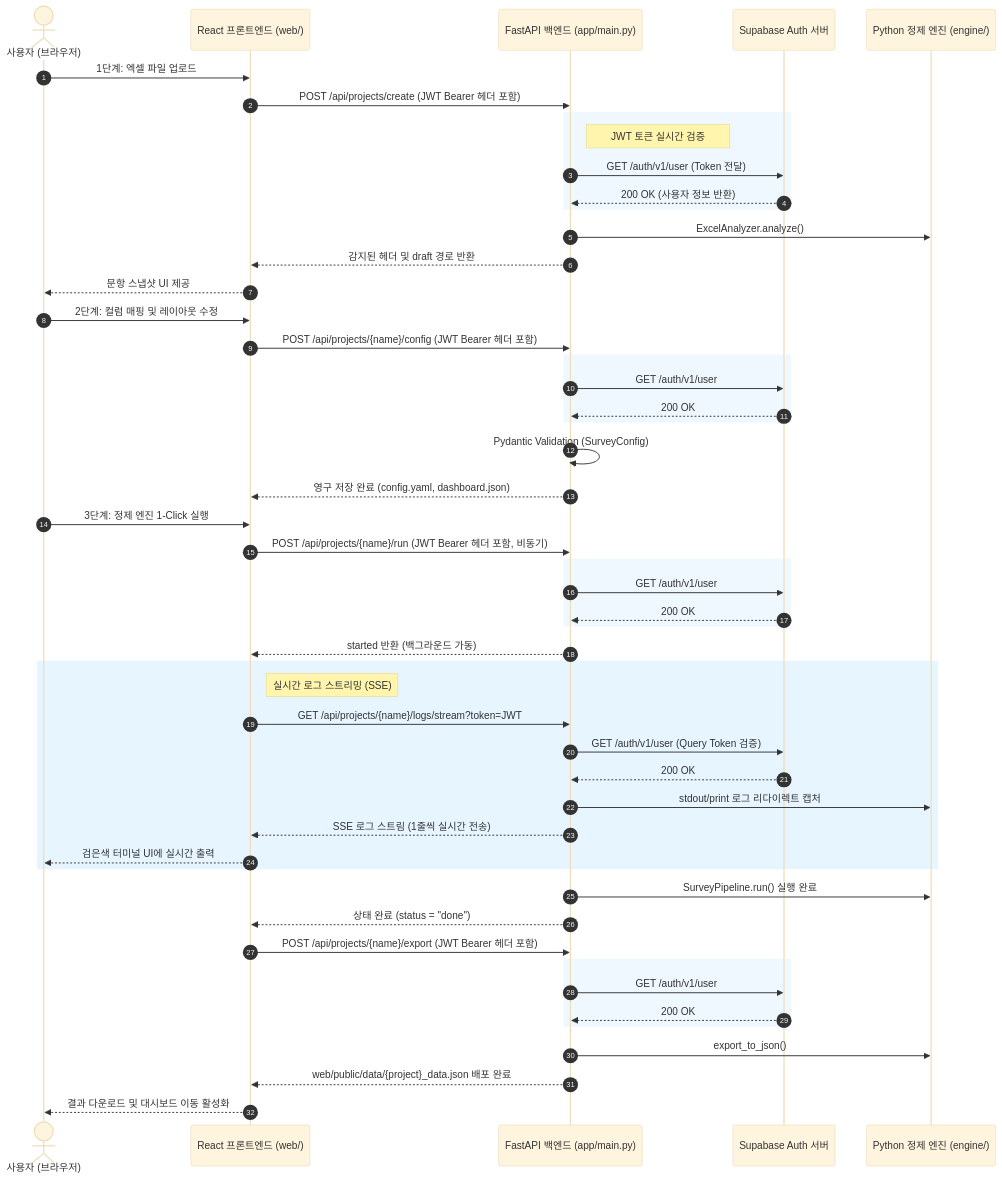
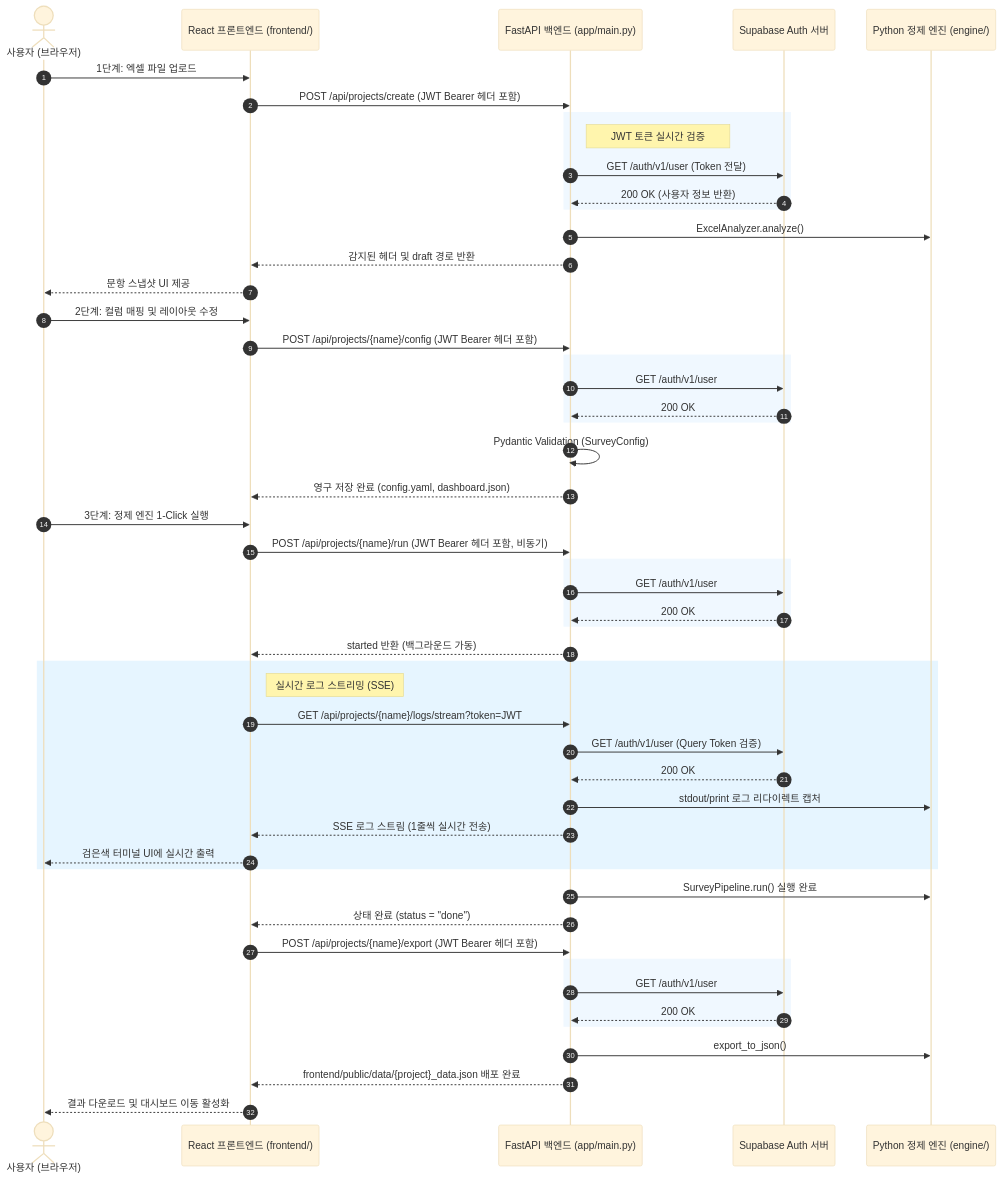
One commit to chamgil71/clearsurvey changed the second of 2 diagrams in GUIDE.md. Above: the diagram before and after it, drawn with Mermaid (base theme). The commit also changed other lines of this file and 49 other files, not shown here.

````diff
--- a/GUIDE.md
+++ b/GUIDE.md
@@ -72,58 +72,58 @@
 ```mermaid
 sequenceDiagram
     autonumber
     actor User as 사용자 (브라우저)
-    participant Client as React 프론트엔드 (web/)
+    participant Client as React 프론트엔드 (frontend/)
     participant API as FastAPI 백엔드 (app/main.py)
     participant Auth as Supabase Auth 서버
     participant Engine as Python 정제 엔진 (engine/)
 
     User->>Client: 1단계: 엑셀 파일 업로드
     Client->>API: POST /api/projects/create (JWT Bearer 헤더 포함)
     rect rgb(240, 248, 255)
         note right of API: JWT 토큰 실시간 검증
         API->>Auth: GET /auth/v1/user (Token 전달)
         Auth-->>API: 200 OK (사용자 정보 반환)
     end
     API->>Engine: ExcelAnalyzer.analyze()
     API-->>Client: 감지된 헤더 및 draft 경로 반환
     Client-->>User: 문항 스냅샷 UI 제공
 
     User->>Client: 2단계: 컬럼 매핑 및 레이아웃 수정
     Client->>API: POST /api/projects/{name}/config (JWT Bearer 헤더 포함)
     rect rgb(240, 248, 255)
         API->>Auth: GET /auth/v1/user
         Auth-->>API: 200 OK
     end
     API->>API: Pydantic Validation (SurveyConfig)
     API-->>Client: 영구 저장 완료 (config.yaml, dashboard.json)
 
     User->>Client: 3단계: 정제 엔진 1-Click 실행
     Client->>API: POST /api/projects/{name}/run (JWT Bearer 헤더 포함, 비동기)
     rect rgb(240, 248, 255)
         API->>Auth: GET /auth/v1/user
         Auth-->>API: 200 OK
     end
     API-->>Client: started 반환 (백그라운드 가동)
     
     rect rgb(230, 245, 255)
         note right of Client: 실시간 로그 스트리밍 (SSE)
         Client->>API: GET /api/projects/{name}/logs/stream?token=JWT
         API->>Auth: GET /auth/v1/user (Query Token 검증)
         Auth-->>API: 200 OK
         API->>Engine: stdout/print 로그 리다이렉트 캡처
         API-->>Client: SSE 로그 스트림 (1줄씩 실시간 전송)
         Client-->>User: 검은색 터미널 UI에 실시간 출력
     end
 
     API->>Engine: SurveyPipeline.run() 실행 완료
     API-->>Client: 상태 완료 (status = "done")
     Client->>API: POST /api/projects/{name}/export (JWT Bearer 헤더 포함)
     rect rgb(240, 248, 255)
         API->>Auth: GET /auth/v1/user
         Auth-->>API: 200 OK
     end
     API->>Engine: export_to_json()
-    API-->>Client: web/public/data/{project}_data.json 배포 완료
+    API-->>Client: frontend/public/data/{project}_data.json 배포 완료
     Client-->>User: 결과 다운로드 및 대시보드 이동 활성화
 ```
````
